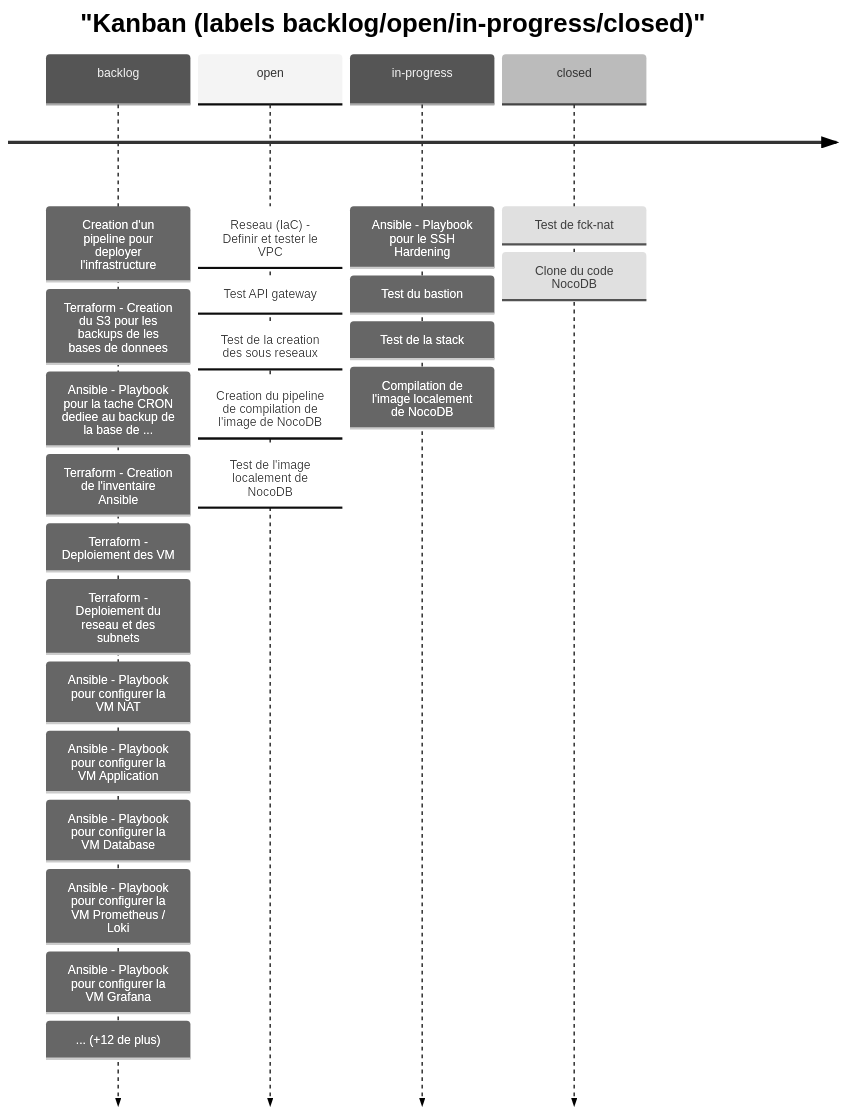
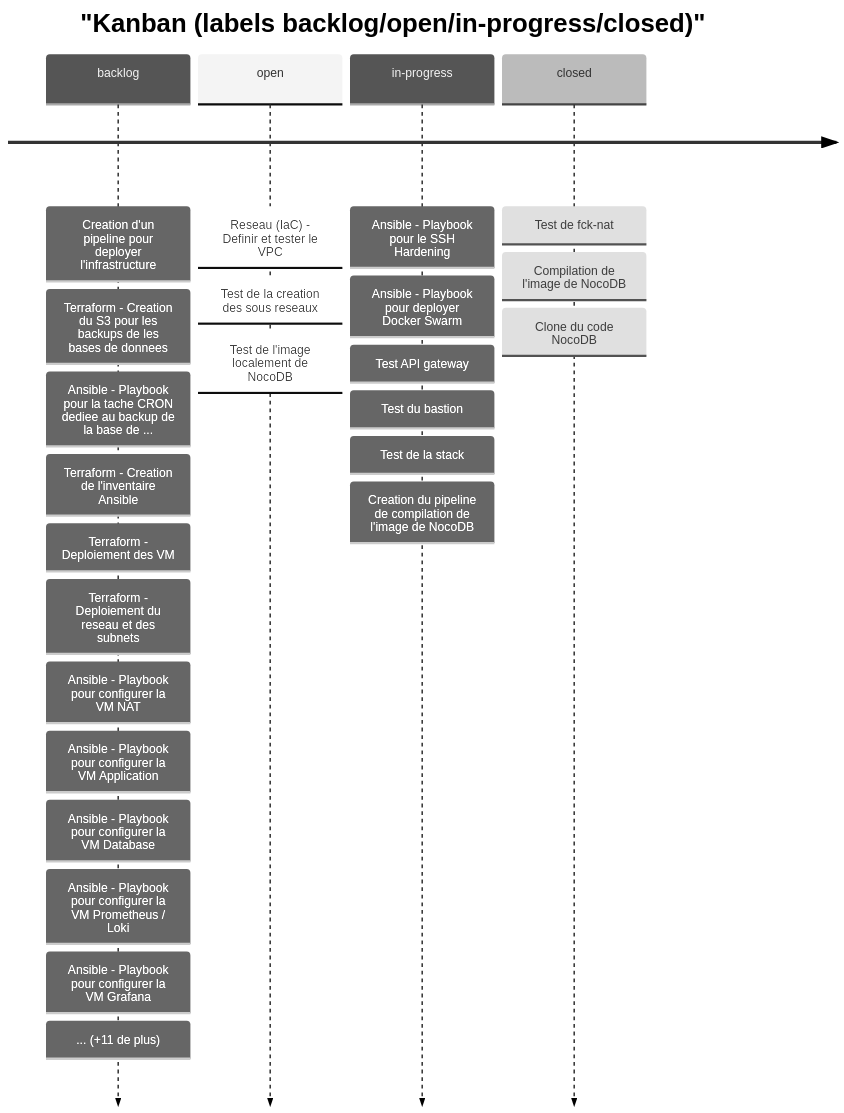
One commit to Gooseppr/GevOps_LC changed the fourth of 7 diagrams in modules/M42_projet-board-J02.md. Above: the diagram before and after it, drawn with Mermaid (neutral theme). The commit also changed other lines of this file, not shown here.

Commit message:
Auto commit & push depuis script pipeline

````diff
--- a/modules/M42_projet-board-J02.md
+++ b/modules/M42_projet-board-J02.md
@@ -63,8 +63,8 @@
 ```mermaid
 timeline
     title "Kanban (labels backlog/open/in-progress/closed)"
-    backlog : Creation d'un pipeline pour deployer l'infrastructure : Terraform - Creation du S3 pour les backups de les bases de donnees : Ansible - Playbook pour la tache CRON dediee au backup de la base de ... : Terraform - Creation de l'inventaire Ansible : Terraform - Deploiement des VM : Terraform - Deploiement du reseau et des subnets : Ansible - Playbook pour configurer la VM NAT : Ansible - Playbook pour configurer la VM Application : Ansible - Playbook pour configurer la VM Database : Ansible - Playbook pour configurer la VM Prometheus / Loki : Ansible - Playbook pour configurer la VM Grafana : ... (+12 de plus)
-    open : Reseau (IaC) - Definir et tester le VPC : Test API gateway : Test de la creation des sous reseaux : Creation du pipeline de compilation de l'image de NocoDB : Test de l'image localement de NocoDB
-    in-progress : Ansible - Playbook pour le SSH Hardening : Test du bastion : Test de la stack : Compilation de l'image localement de NocoDB
-    closed : Test de fck-nat : Clone du code NocoDB
+    backlog : Creation d'un pipeline pour deployer l'infrastructure : Terraform - Creation du S3 pour les backups de les bases de donnees : Ansible - Playbook pour la tache CRON dediee au backup de la base de ... : Terraform - Creation de l'inventaire Ansible : Terraform - Deploiement des VM : Terraform - Deploiement du reseau et des subnets : Ansible - Playbook pour configurer la VM NAT : Ansible - Playbook pour configurer la VM Application : Ansible - Playbook pour configurer la VM Database : Ansible - Playbook pour configurer la VM Prometheus / Loki : Ansible - Playbook pour configurer la VM Grafana : ... (+11 de plus)
+    open : Reseau (IaC) - Definir et tester le VPC : Test de la creation des sous reseaux : Test de l'image localement de NocoDB
+    in-progress : Ansible - Playbook pour le SSH Hardening : Ansible - Playbook pour deployer Docker Swarm : Test API gateway : Test du bastion : Test de la stack : Creation du pipeline de compilation de l'image de NocoDB
+    closed : Test de fck-nat : Compilation de l'image de NocoDB : Clone du code NocoDB
 ```
````
